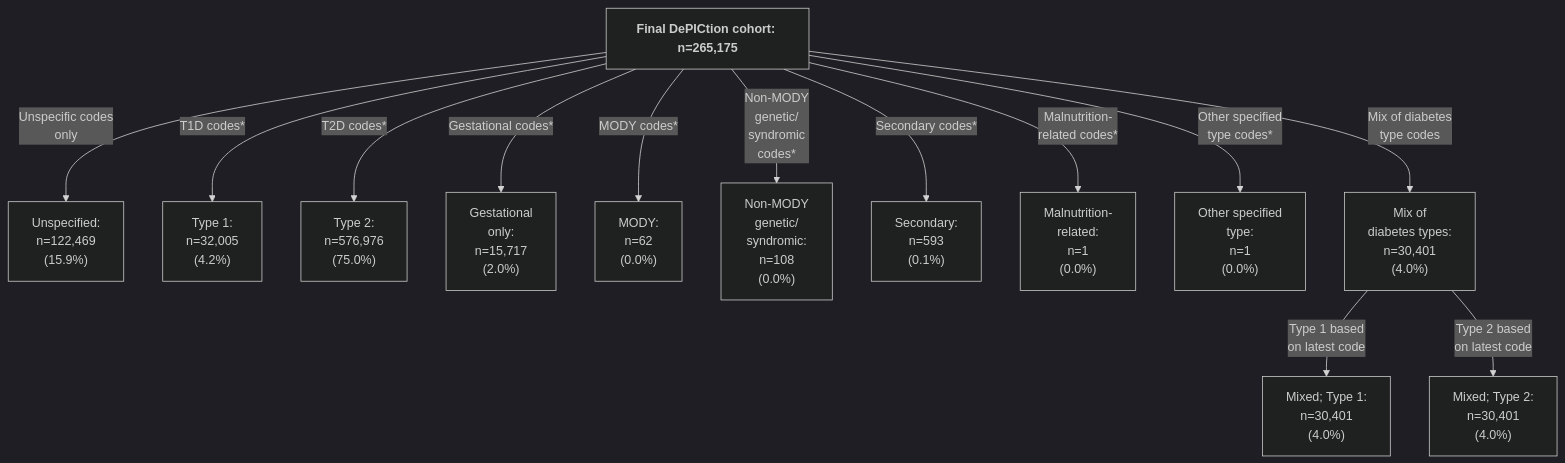
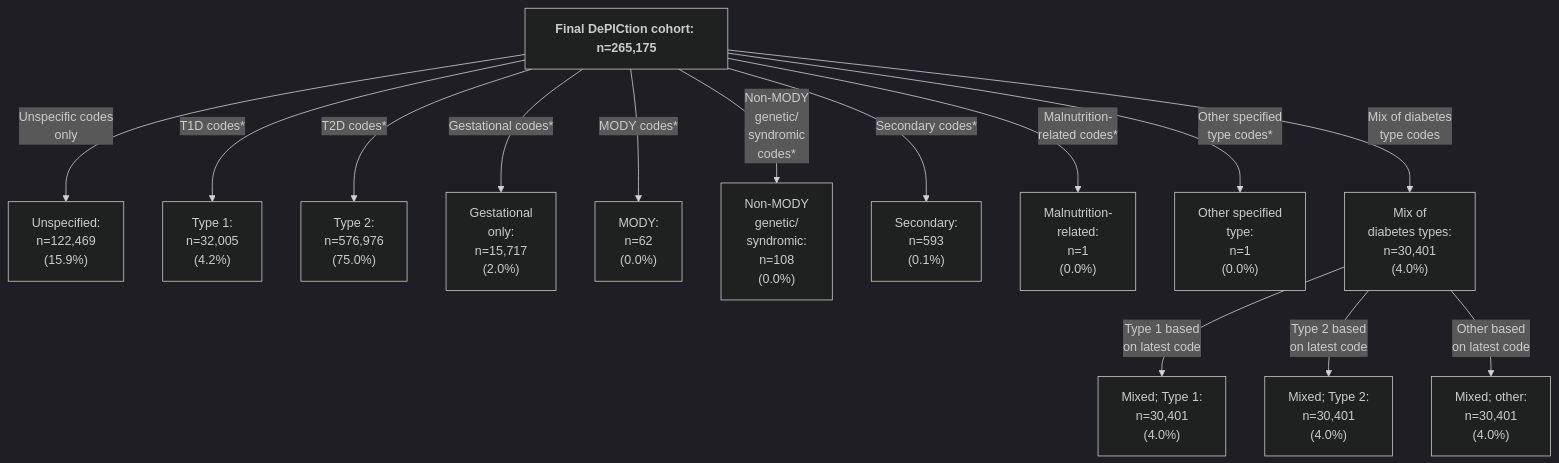
Before and after one commit to Exeter-Diabetes/CPRD-Katie-DePICtion-Scripts: the second of 2 diagrams in README.md, drawn with Mermaid (dark theme).

````diff
--- a/README.md
+++ b/README.md
@@ -51,15 +51,16 @@
 ```mermaid
 graph TD;
     G["<b>Final DePICtion cohort:<b> n=265,175"] --> |"Unspecific codes<br>only"| H["Unspecified: <br>n=122,469 <br>(15.9%)"]
     G --> |"T1D codes*"| I["Type 1: <br>n=32,005 <br>(4.2%)"]
     G --> |"T2D codes*"| J["Type 2: <br>n=576,976 <br>(75.0%)"]
     G --> |"Gestational codes*"| K["Gestational <br>only: <br>n=15,717 <br>(2.0%)"]
     G --> |"MODY codes*"| L["MODY: <br>n=62 <br>(0.0%)"]
     G --> |"Non-MODY <br>genetic/<br>syndromic <br>codes*"| M["Non-MODY <br>genetic/<br>syndromic: <br>n=108 <br>(0.0%)"]
     G --> |"Secondary codes*"| N["Secondary: <br>n=593 <br>(0.1%)"]
     G --> |"Malnutrition-<br>related codes*"| O["Malnutrition-<br>related: <br>n=1 <br>(0.0%)"]
     G --> |"Other specified<br>type codes*"| P["Other specified<br>type: <br>n=1 <br>(0.0%)"]  
     G --> |"Mix of diabetes<br>type codes"| Q["Mix of<br>diabetes types: <br>n=30,401 <br>(4.0%)"]
     Q --> |"Type 1 based<br>on latest code"| R["Mixed; Type 1: <br>n=30,401 <br>(4.0%)"]
     Q --> |"Type 2 based<br>on latest code"| S["Mixed; Type 2: <br>n=30,401 <br>(4.0%)"]
+    Q --> |"Other based<br>on latest code"| T["Mixed; other: <br>n=30,401 <br>(4.0%)"]
 ```
````
